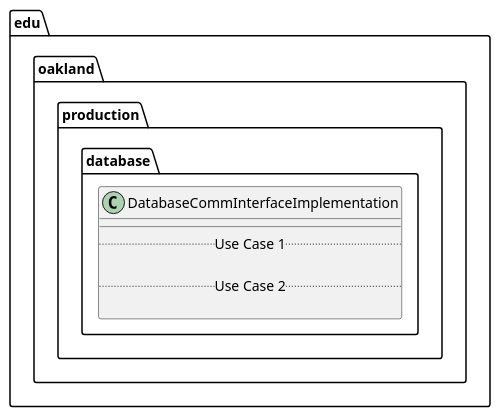
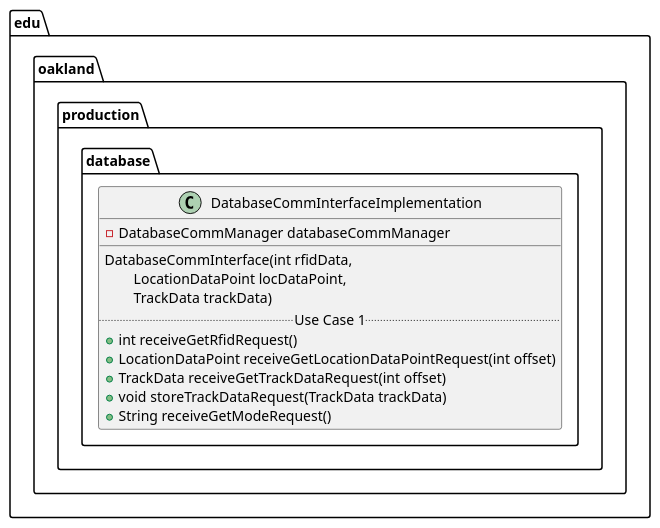
Before and after one commit to elilley15/csi-3370-software-project: the diagram in docs/uml-class-diagrams/database/production/DatabaseCommInterfaceImplementation/DatabaseCommInterfaceImplementation.puml, drawn with PlantUML. The commit also changed 211 other files, not shown here.

```diff
--- a/docs/uml-class-diagrams/database/production/DatabaseCommInterfaceImplementation/DatabaseCommInterfaceImplementation.puml
+++ b/docs/uml-class-diagrams/database/production/DatabaseCommInterfaceImplementation/DatabaseCommInterfaceImplementation.puml
@@ -1,13 +1,19 @@
 @startuml DatabaseCommInterfaceImplementation
 
 package edu.oakland.production.database {
     class DatabaseCommInterfaceImplementation {
+        - DatabaseCommManager databaseCommManager
         __
+        DatabaseCommInterface(int rfidData, 
+        \tLocationDataPoint locDataPoint,
+        \tTrackData trackData)
         .. Use Case 1 ..
-
-        .. Use Case 2 ..
-
+        + int receiveGetRfidRequest()
+        + LocationDataPoint receiveGetLocationDataPointRequest(int offset)
+        + TrackData receiveGetTrackDataRequest(int offset)
+        + void storeTrackDataRequest(TrackData trackData)
+        + String receiveGetModeRequest()
     }
 }
 
 @enduml
```
